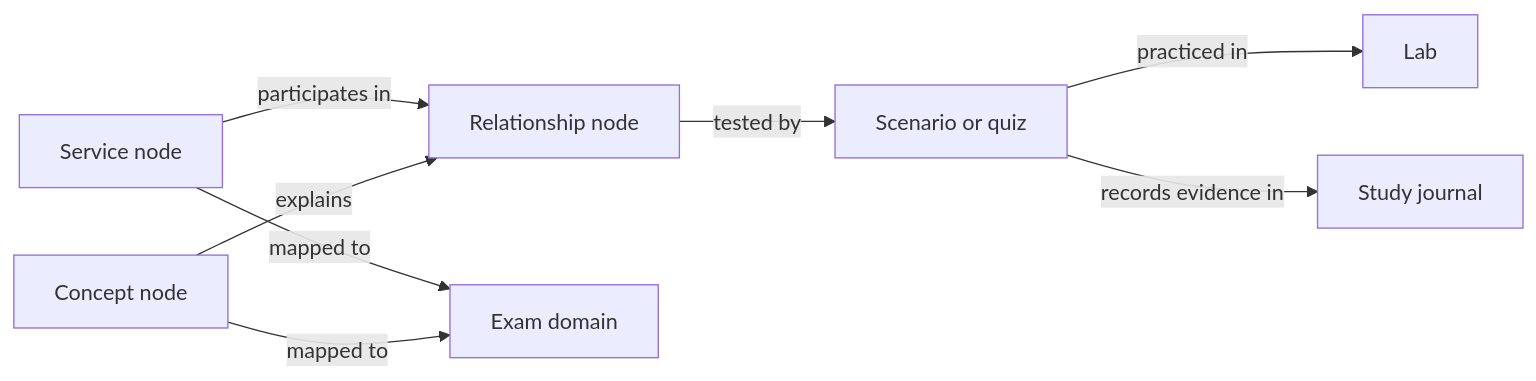
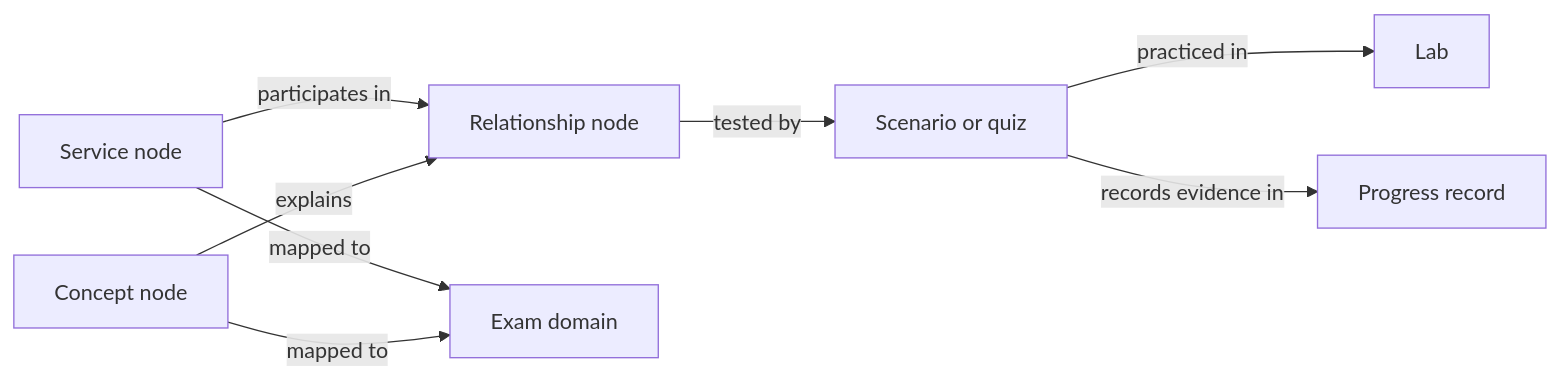
Before and after one commit to Dakad/aws-certs-study: the diagram in aws-cloudops/knowledge/README.md, drawn with Mermaid. The commit also changed 4 other files, not shown here.

Commit message:
Separate exam roadmap from learner progress

````diff
--- a/aws-cloudops/knowledge/README.md
+++ b/aws-cloudops/knowledge/README.md
@@ -112,10 +112,10 @@
 ```mermaid
 flowchart LR
   Service[Service node] -->|participates in| Relationship[Relationship node]
   Concept[Concept node] -->|explains| Relationship
   Relationship -->|tested by| Scenario[Scenario or quiz]
   Scenario -->|practiced in| Lab[Lab]
   Service -->|mapped to| Domain[Exam domain]
   Concept -->|mapped to| Domain
-  Scenario -->|records evidence in| Journal[Study journal]
+  Scenario -->|records evidence in| Progress[Progress record]
 ```
````
